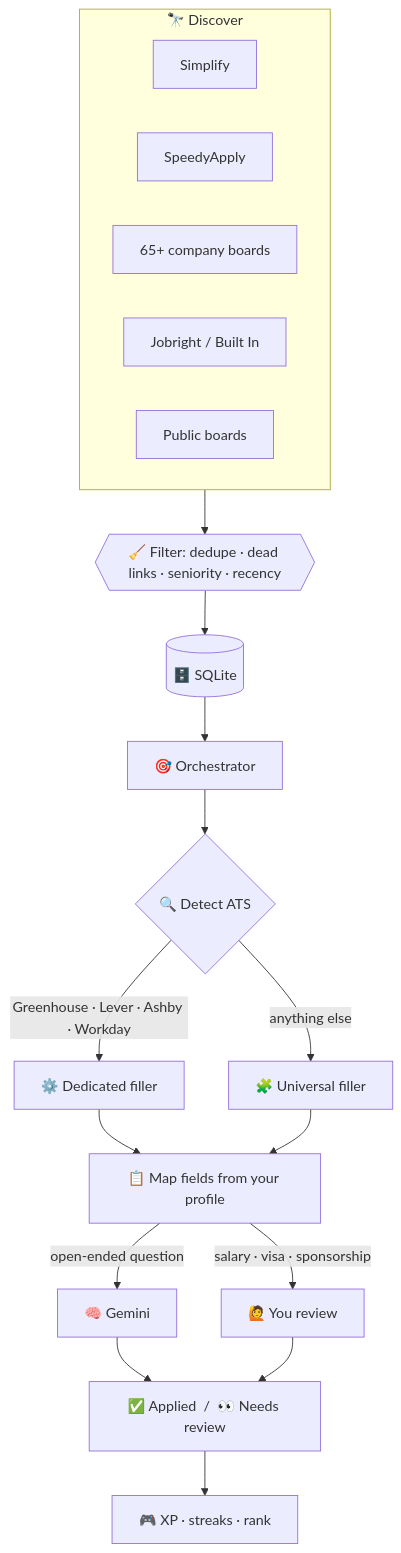
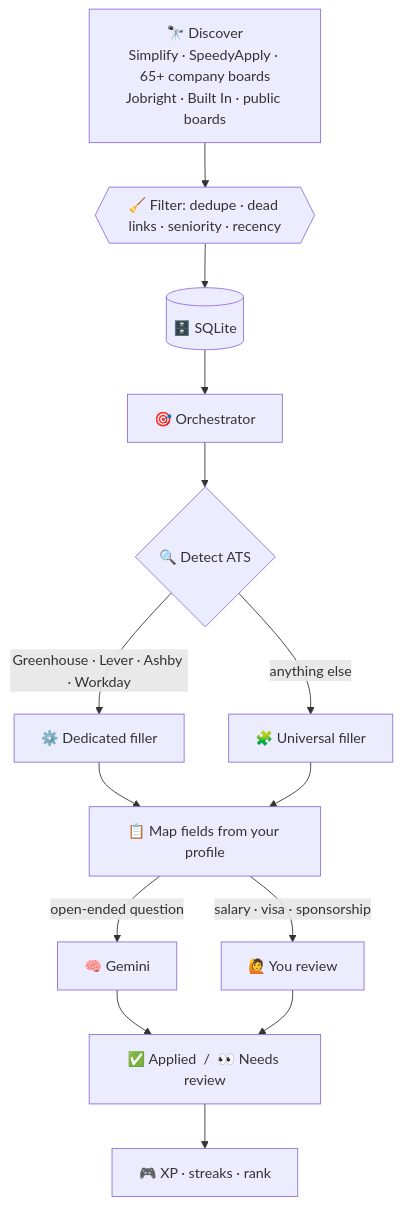
The first of 3 diagrams in README.md (Harsh-H-Shah/PaperPlane), drawn with Mermaid before and after one commit.

Commit message:
docs(readme): compact sources node in pipeline diagram

````diff
--- a/README.md
+++ b/README.md
@@ -110,25 +110,18 @@
 ```mermaid
 flowchart TB
-    subgraph Discover["🔭 Discover"]
-        direction LR
-        S1[Simplify]
-        S2[SpeedyApply]
-        S3[65+ company boards]
-        S4[Jobright / Built In]
-        S5[Public boards]
-    end
+    Discover["🔭 Discover<br/>Simplify · SpeedyApply · 65+ company boards<br/>Jobright · Built In · public boards"]
 
     Discover --> F{{"🧹 Filter: dedupe · dead links · seniority · recency"}}
     F --> DB[("🗄️ SQLite")]
     DB --> O["🎯 Orchestrator"]
     O --> C{"🔍 Detect ATS"}
     C -->|Greenhouse · Lever · Ashby · Workday| DF["⚙️ Dedicated filler"]
     C -->|anything else| UF["🧩 Universal filler"]
     DF --> M["📋 Map fields from your profile"]
     UF --> M
     M -->|open-ended question| LLM["🧠 Gemini"]
     M -->|salary · visa · sponsorship| H["🙋 You review"]
     LLM --> R["✅ Applied  /  👀 Needs review"]
     H --> R
     R --> G["🎮 XP · streaks · rank"]
 ```
````
